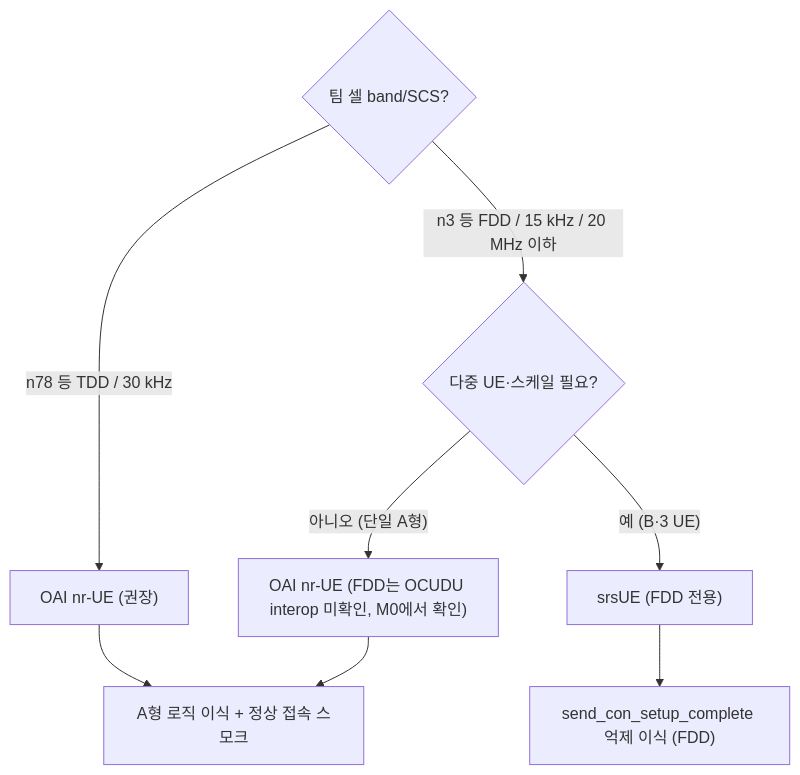
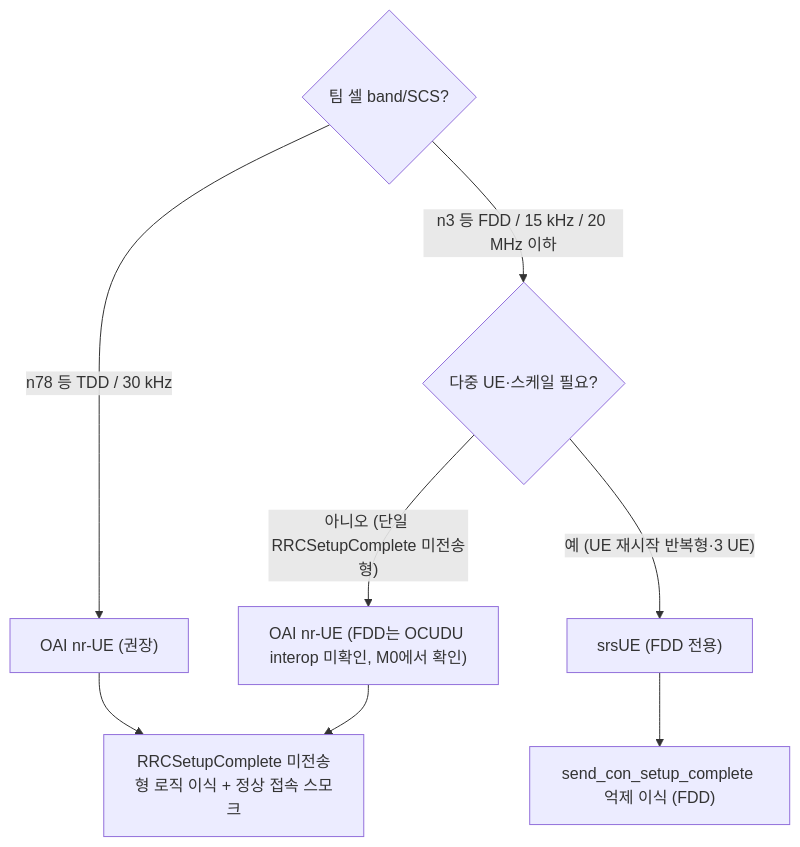
The third of 3 diagrams in design.md (portranproject/ran-attack-reproducers), drawn with Mermaid before and after one commit. The commit also changed other lines of this file and 115 other files, not shown here.

````diff
--- a/design.md
+++ b/design.md
@@ -249,11 +249,11 @@
 ```mermaid
 flowchart TD
   Q1{"팀 셀 band/SCS?"}
   Q1 -->|"n78 등 TDD / 30 kHz"| OAI["OAI nr-UE (권장)"]
   Q1 -->|"n3 등 FDD / 15 kHz / 20 MHz 이하"| Q2{"다중 UE·스케일 필요?"}
-  Q2 -->|"아니오 (단일 A형)"| OAI2["OAI nr-UE (FDD는 OCUDU interop 미확인, M0에서 확인)"]
-  Q2 -->|"예 (B·3 UE)"| SRS["srsUE (FDD 전용)"]
-  OAI --> R["A형 로직 이식 + 정상 접속 스모크"]
+  Q2 -->|"아니오 (단일 RRCSetupComplete 미전송형)"| OAI2["OAI nr-UE (FDD는 OCUDU interop 미확인, M0에서 확인)"]
+  Q2 -->|"예 (UE 재시작 반복형·3 UE)"| SRS["srsUE (FDD 전용)"]
+  OAI --> R["RRCSetupComplete 미전송형 로직 이식 + 정상 접속 스모크"]
   OAI2 --> R
   SRS --> R2["send_con_setup_complete 억제 이식 (FDD)"]
 ```
````
